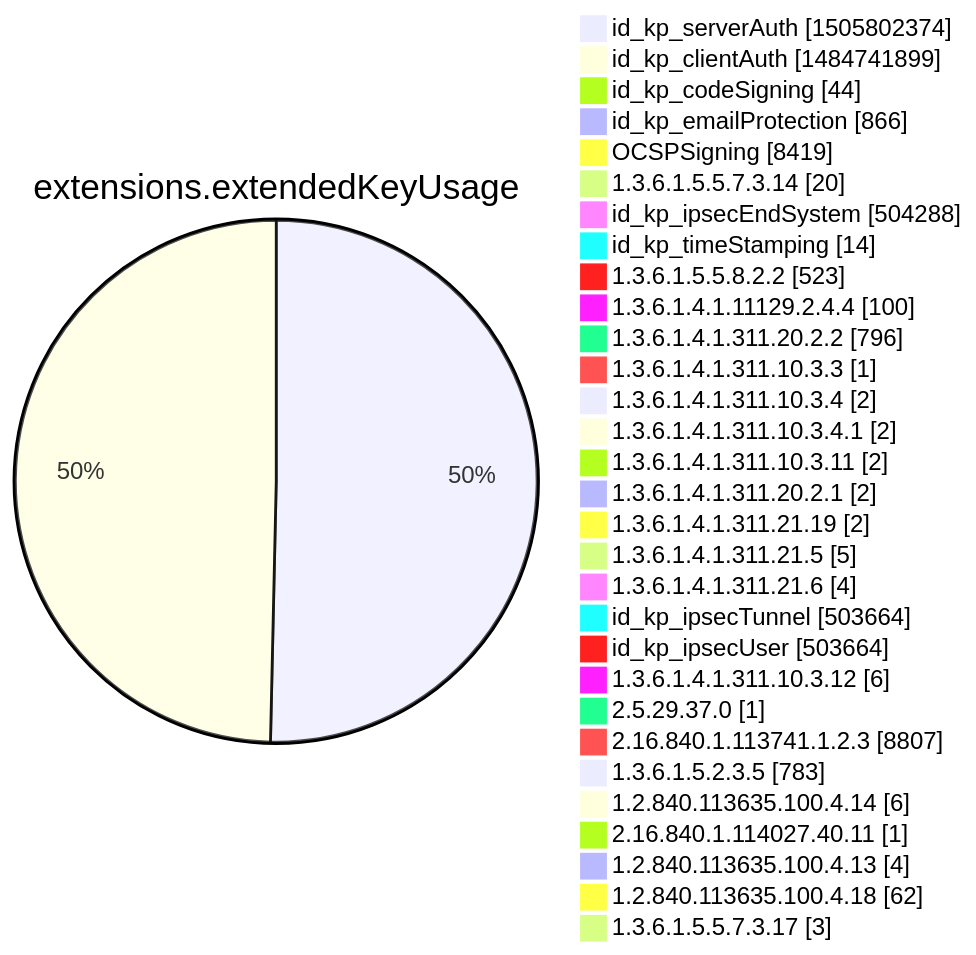
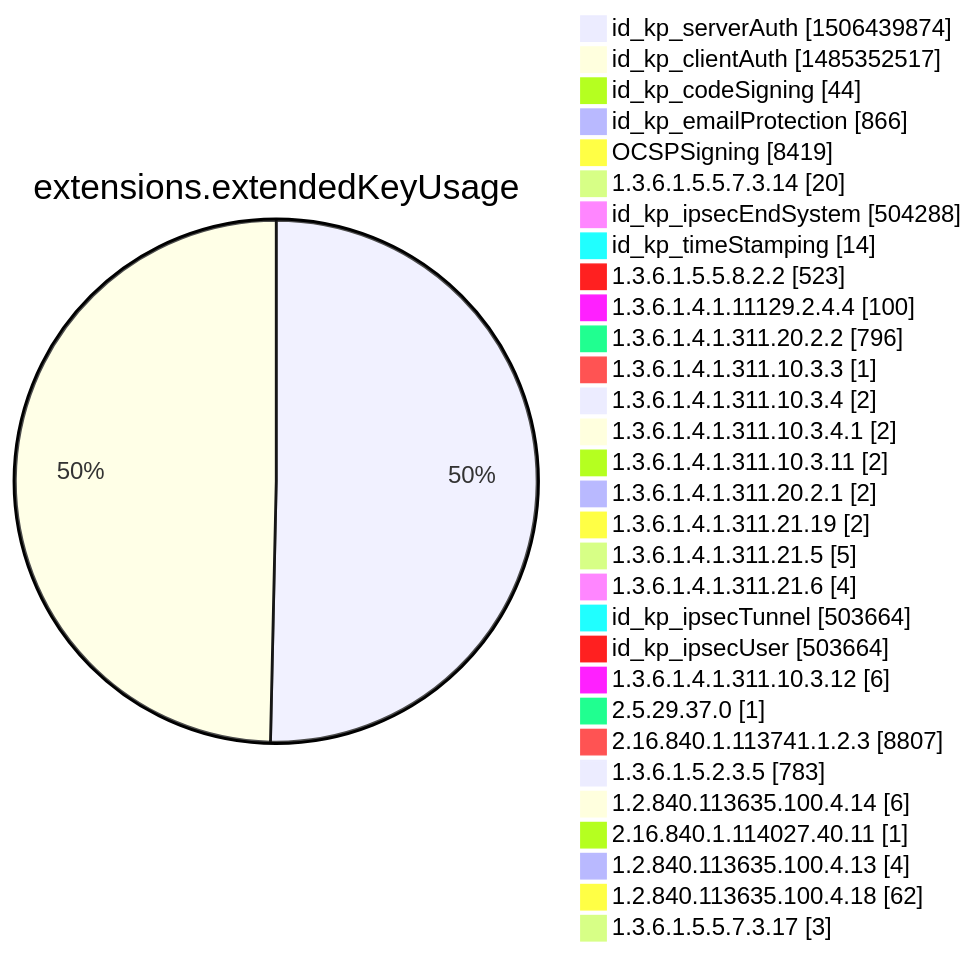
Diagram 12 of 15 in argon2022/README.md (christiankrug/ctmonitor_visualization), drawn with Mermaid before and after one commit. The commit also changed other lines of this file, not shown here.

````diff
--- a/argon2022/README.md
+++ b/argon2022/README.md
@@ -3555,34 +3555,34 @@
 ```mermaid
 pie showData
 title extensions.extendedKeyUsage
-"id_kp_serverAuth" :1505802374
-"id_kp_clientAuth" :1484741899
+"id_kp_serverAuth" :1506439874
+"id_kp_clientAuth" :1485352517
 "id_kp_codeSigning" :44
 "id_kp_emailProtection" :866
 "OCSPSigning" :8419
 "1.3.6.1.5.5.7.3.14" :20
 "id_kp_ipsecEndSystem" :504288
 "id_kp_timeStamping" :14
 "1.3.6.1.5.5.8.2.2" :523
 "1.3.6.1.4.1.11129.2.4.4" :100
 "1.3.6.1.4.1.311.20.2.2" :796
 "1.3.6.1.4.1.311.10.3.3" :1
 "1.3.6.1.4.1.311.10.3.4" :2
 "1.3.6.1.4.1.311.10.3.4.1" :2
 "1.3.6.1.4.1.311.10.3.11" :2
 "1.3.6.1.4.1.311.20.2.1" :2
 "1.3.6.1.4.1.311.21.19" :2
 "1.3.6.1.4.1.311.21.5" :5
 "1.3.6.1.4.1.311.21.6" :4
 "id_kp_ipsecTunnel" :503664
 "id_kp_ipsecUser" :503664
 "1.3.6.1.4.1.311.10.3.12" :6
 "2.5.29.37.0" :1
 "2.16.840.1.113741.1.2.3" :8807
 "1.3.6.1.5.2.3.5" :783
 "1.2.840.113635.100.4.14" :6
 "2.16.840.1.114027.40.11" :1
 "1.2.840.113635.100.4.13" :4
 "1.2.840.113635.100.4.18" :62
 "1.3.6.1.5.5.7.3.17" :3
 ```
````
